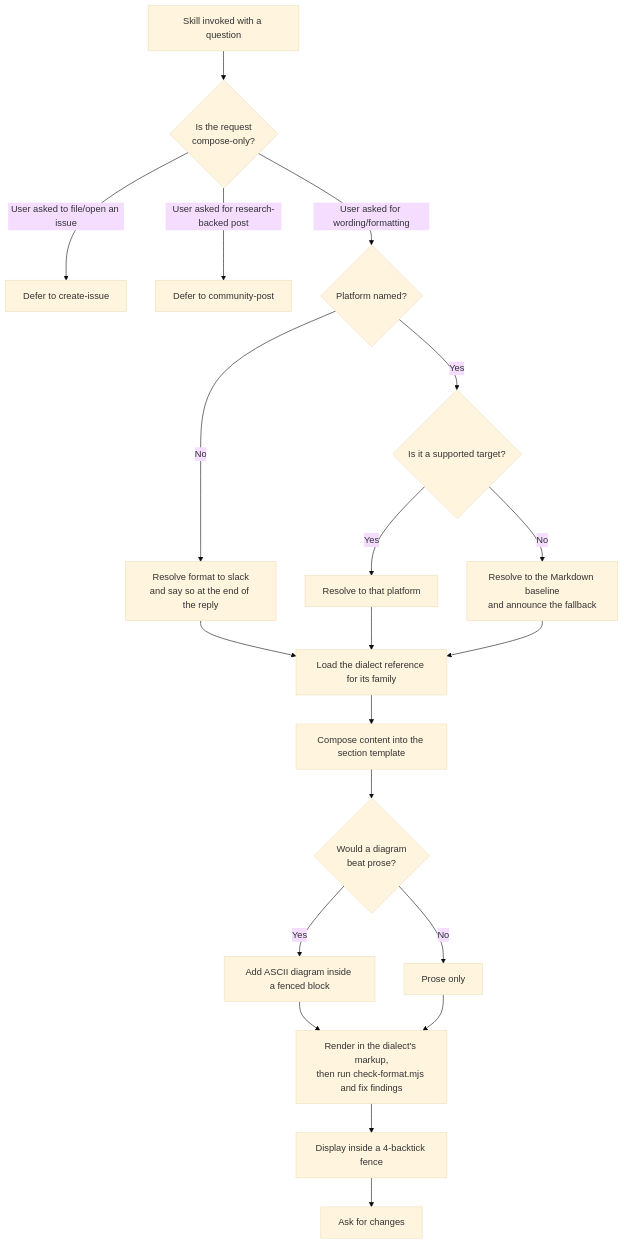
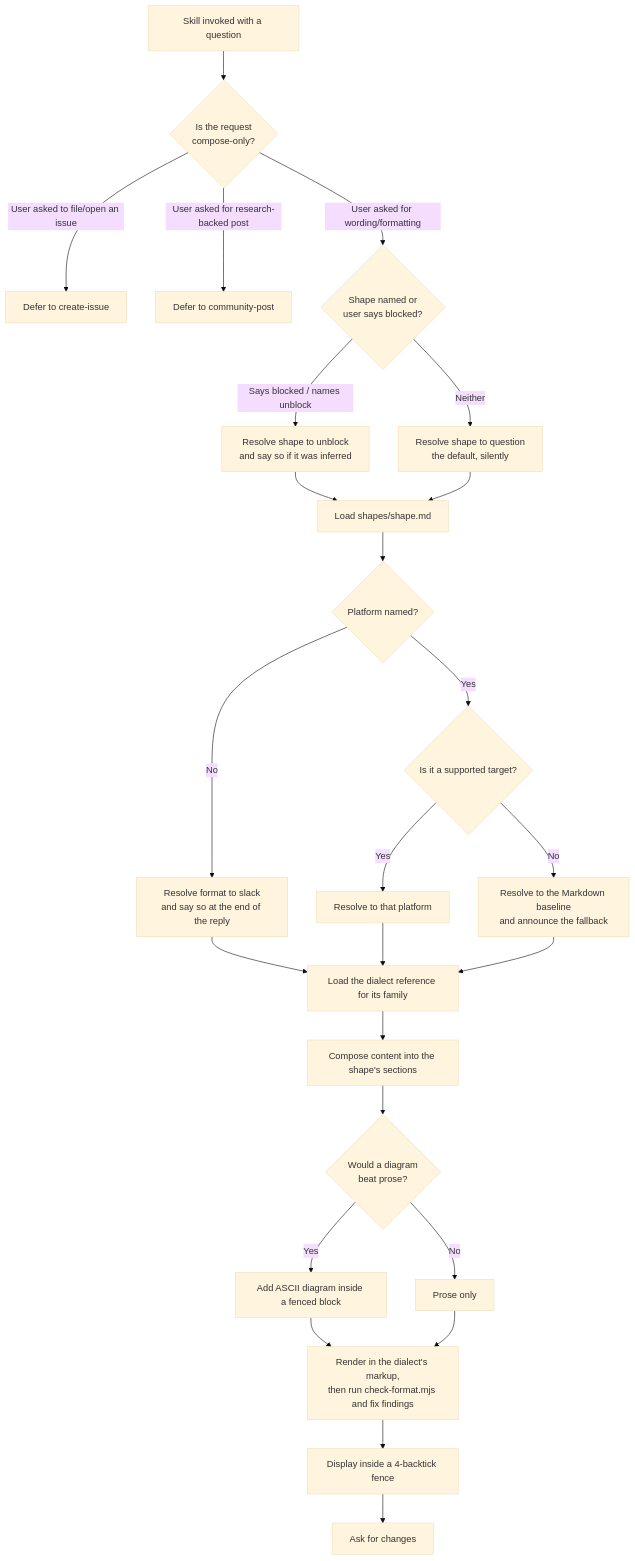
The first of 2 diagrams in .agents/spec/agent-skills/to-question/README.md (repobuddy/repobuddy), drawn with Mermaid (base theme) before and after one commit. The commit also changed other lines of this file and 3 other files, not shown here.

First line of the commit message:
docs(spec): record the shape parameter and the unblock shape in to-question's spec node

````diff
--- a/.agents/spec/agent-skills/to-question/README.md
+++ b/.agents/spec/agent-skills/to-question/README.md
@@ -167,22 +197,27 @@
 ```mermaid
 graph TD
     A[Skill invoked with a question] --> B{Is the request<br/>compose-only?}
     B -->|User asked to file/open an issue| C[Defer to create-issue]
     B -->|User asked for research-backed post| D[Defer to community-post]
-    B -->|User asked for wording/formatting| E{Platform named?}
+    B -->|User asked for wording/formatting| S1{Shape named or<br/>user says blocked?}
+    S1 -->|Says blocked / names unblock| S2[Resolve shape to unblock<br/>and say so if it was inferred]
+    S1 -->|Neither| S3[Resolve shape to question<br/>the default, silently]
+    S2 --> S4[Load shapes/shape.md]
+    S3 --> S4
+    S4 --> E{Platform named?}
     E -->|No| F[Resolve format to slack<br/>and say so at the end of the reply]
     E -->|Yes| G{Is it a supported target?}
     G -->|Yes| G1[Resolve to that platform]
     G -->|No| G2[Resolve to the Markdown baseline<br/>and announce the fallback]
     F --> H[Load the dialect reference for its family]
     G1 --> H
     G2 --> H
-    H --> I[Compose content into the section template]
+    H --> I[Compose content into the shape's sections]
     I --> J{Would a diagram<br/>beat prose?}
     J -->|Yes| K[Add ASCII diagram inside a fenced block]
     J -->|No| L[Prose only]
     K --> M[Render in the dialect's markup,<br/>then run check-format.mjs and fix findings]
     L --> M
     M --> N[Display inside a 4-backtick fence]
     N --> O[Ask for changes]
 ```
````
